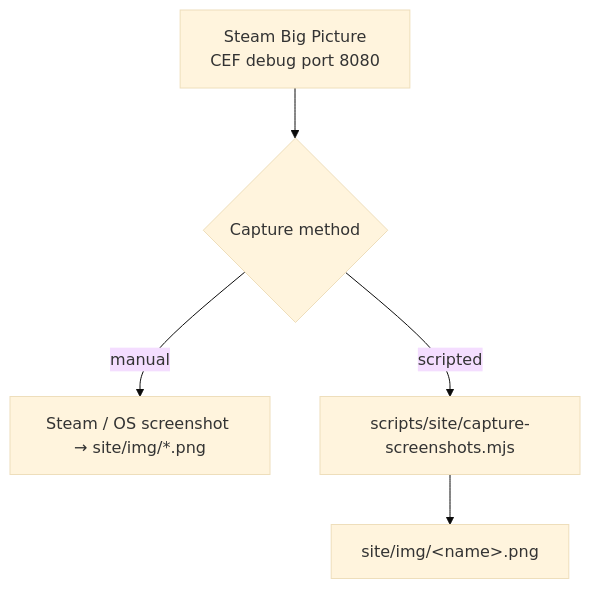
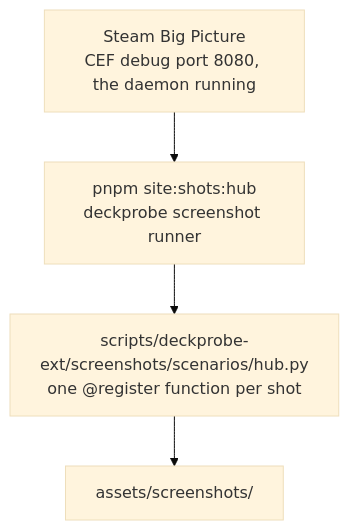
The second of 2 diagrams in docs/showcase.md (santojon/ShelvesHub), drawn with Mermaid (base theme) before and after one commit. The commit also changed other lines of this file and 25 other files, not shown here.

````diff
--- a/docs/showcase.md
+++ b/docs/showcase.md
@@ -46,7 +61,6 @@
 ```mermaid
 flowchart TD
-  S[Steam Big Picture<br/>CEF debug port 8080] --> C{Capture method}
-  C -->|manual| M[Steam / OS screenshot → site/img/*.png]
-  C -->|scripted| D[scripts/site/capture-screenshots.mjs]
-  D --> O[site/img/&lt;name&gt;.png]
+  S[Steam Big Picture<br/>CEF debug port 8080, the daemon running] --> R[pnpm site:shots:hub<br/>deckprobe screenshot runner]
+  R --> N[scripts/deckprobe-ext/screenshots/scenarios/hub.py<br/>one @register function per shot]
+  N --> O[assets/screenshots/]
 ```
````
